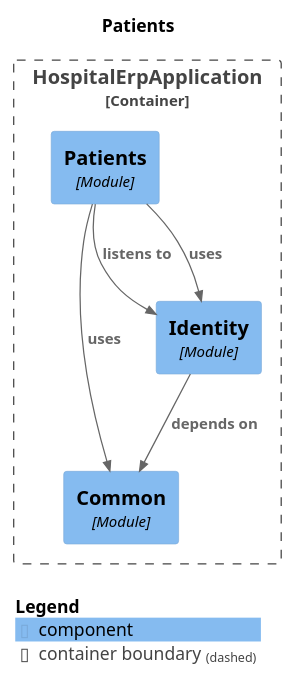
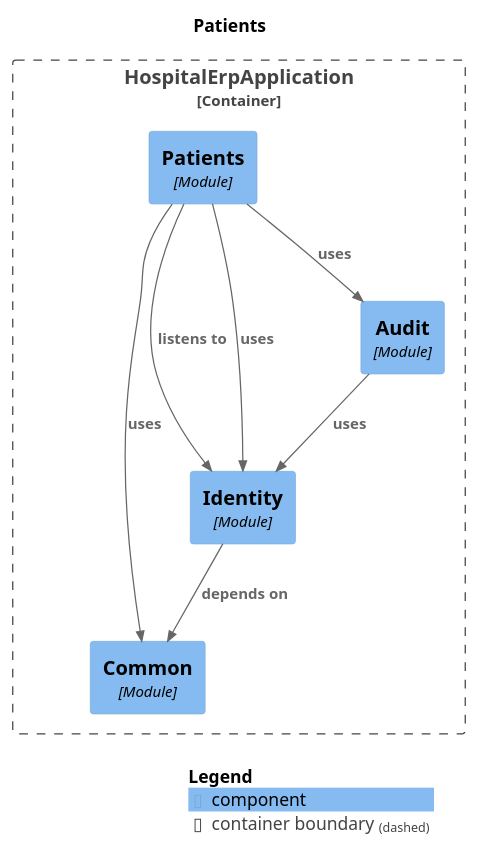
Before and after one commit to harshsharma5720/HospitalERP: the diagram in docs/modules/module-patients.puml, drawn with PlantUML. The commit also changed 16 other files, not shown here.

```diff
--- a/docs/modules/module-patients.puml
+++ b/docs/modules/module-patients.puml
@@ -1,23 +1,26 @@
 @startuml
 set separator none
 title Patients
 
 top to bottom direction
 
 !include <C4/C4>
 !include <C4/C4_Context>
 !include <C4/C4_Component>
 
 Container_Boundary("HospitalErpApplication.HospitalErpApplication_boundary", "HospitalErpApplication", $tags="") {
   Component(HospitalErpApplication.HospitalErpApplication.Common, "Common", $techn="Module", $descr="", $tags="", $link="")
   Component(HospitalErpApplication.HospitalErpApplication.Identity, "Identity", $techn="Module", $descr="", $tags="", $link="")
+  Component(HospitalErpApplication.HospitalErpApplication.Audit, "Audit", $techn="Module", $descr="", $tags="", $link="")
   Component(HospitalErpApplication.HospitalErpApplication.Patients, "Patients", $techn="Module", $descr="", $tags="", $link="")
 }
 
 Rel(HospitalErpApplication.HospitalErpApplication.Identity, HospitalErpApplication.HospitalErpApplication.Common, "depends on", $techn="", $tags="", $link="")
+Rel(HospitalErpApplication.HospitalErpApplication.Audit, HospitalErpApplication.HospitalErpApplication.Identity, "uses", $techn="", $tags="", $link="")
 Rel(HospitalErpApplication.HospitalErpApplication.Patients, HospitalErpApplication.HospitalErpApplication.Identity, "listens to", $techn="", $tags="", $link="")
 Rel(HospitalErpApplication.HospitalErpApplication.Patients, HospitalErpApplication.HospitalErpApplication.Identity, "uses", $techn="", $tags="", $link="")
 Rel(HospitalErpApplication.HospitalErpApplication.Patients, HospitalErpApplication.HospitalErpApplication.Common, "uses", $techn="", $tags="", $link="")
+Rel(HospitalErpApplication.HospitalErpApplication.Patients, HospitalErpApplication.HospitalErpApplication.Audit, "uses", $techn="", $tags="", $link="")
 
 SHOW_LEGEND(true)
 @enduml
```
